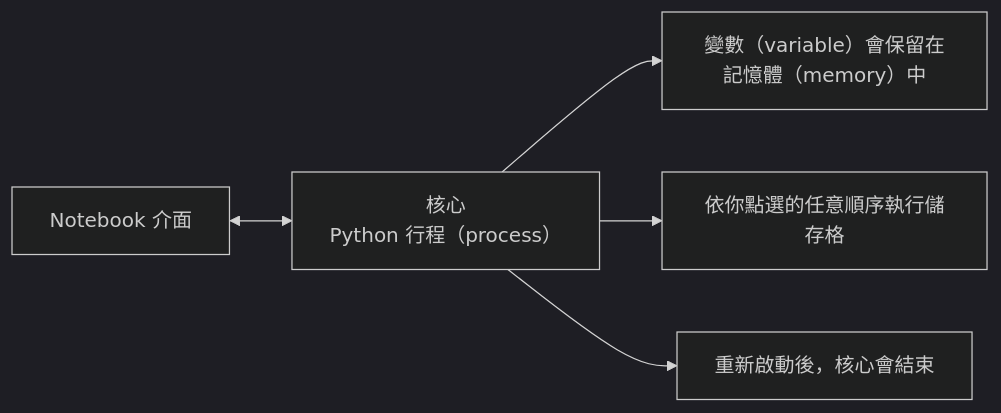
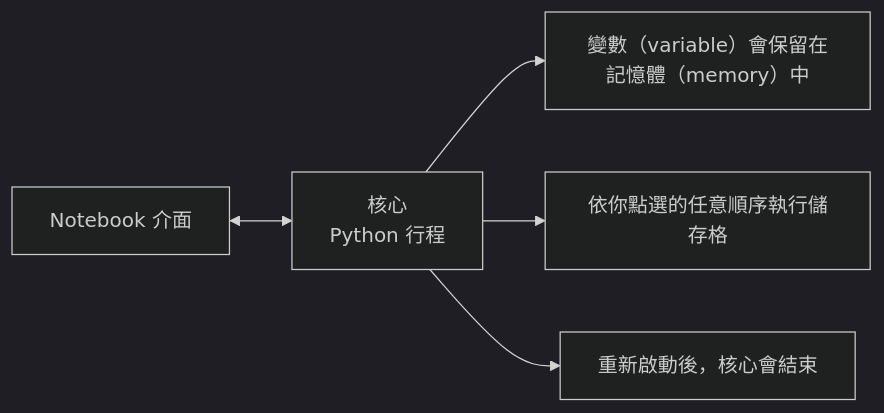
One commit to edward821220/ai-engineering-from-scratch changed the second of 2 diagrams in i18n/zh-TW/phases/00-setup-and-tooling/05-jupyter-notebooks/docs/zh-TW.md. Above: the diagram before and after it, drawn with Mermaid (dark theme). The commit also changed other lines of this file and 123 other files, not shown here.

````diff
--- a/i18n/zh-TW/phases/00-setup-and-tooling/05-jupyter-notebooks/docs/zh-TW.md
+++ b/i18n/zh-TW/phases/00-setup-and-tooling/05-jupyter-notebooks/docs/zh-TW.md
@@ -35,7 +35,7 @@
 ```mermaid
 graph LR
-    A[Notebook 介面] <--> B[核心\nPython 行程（process）]
+    A[Notebook 介面] <--> B[核心\nPython 行程]
     B --> C[變數（variable）會保留在記憶體（memory）中]
     B --> D[依你點選的任意順序執行儲存格]
     B --> E[重新啟動後，核心會結束]
 ```
````
